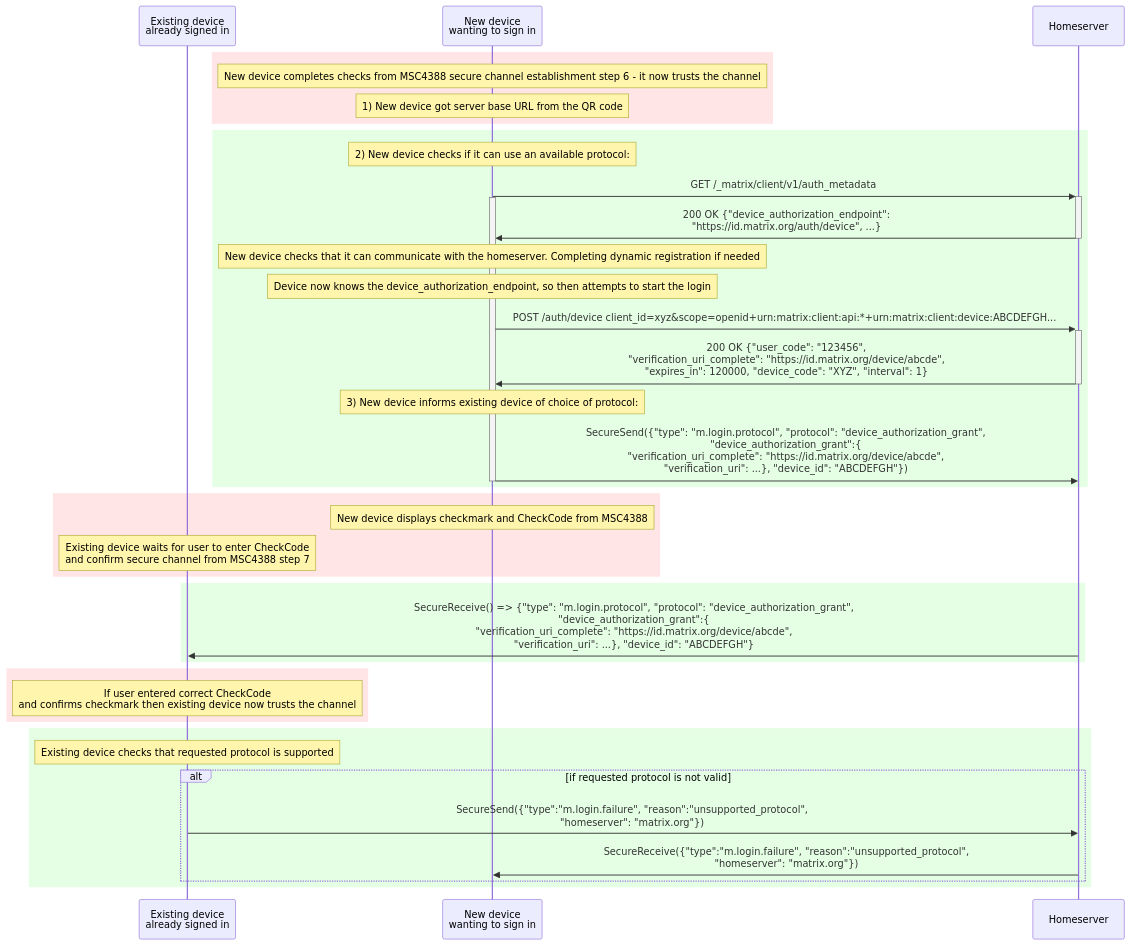
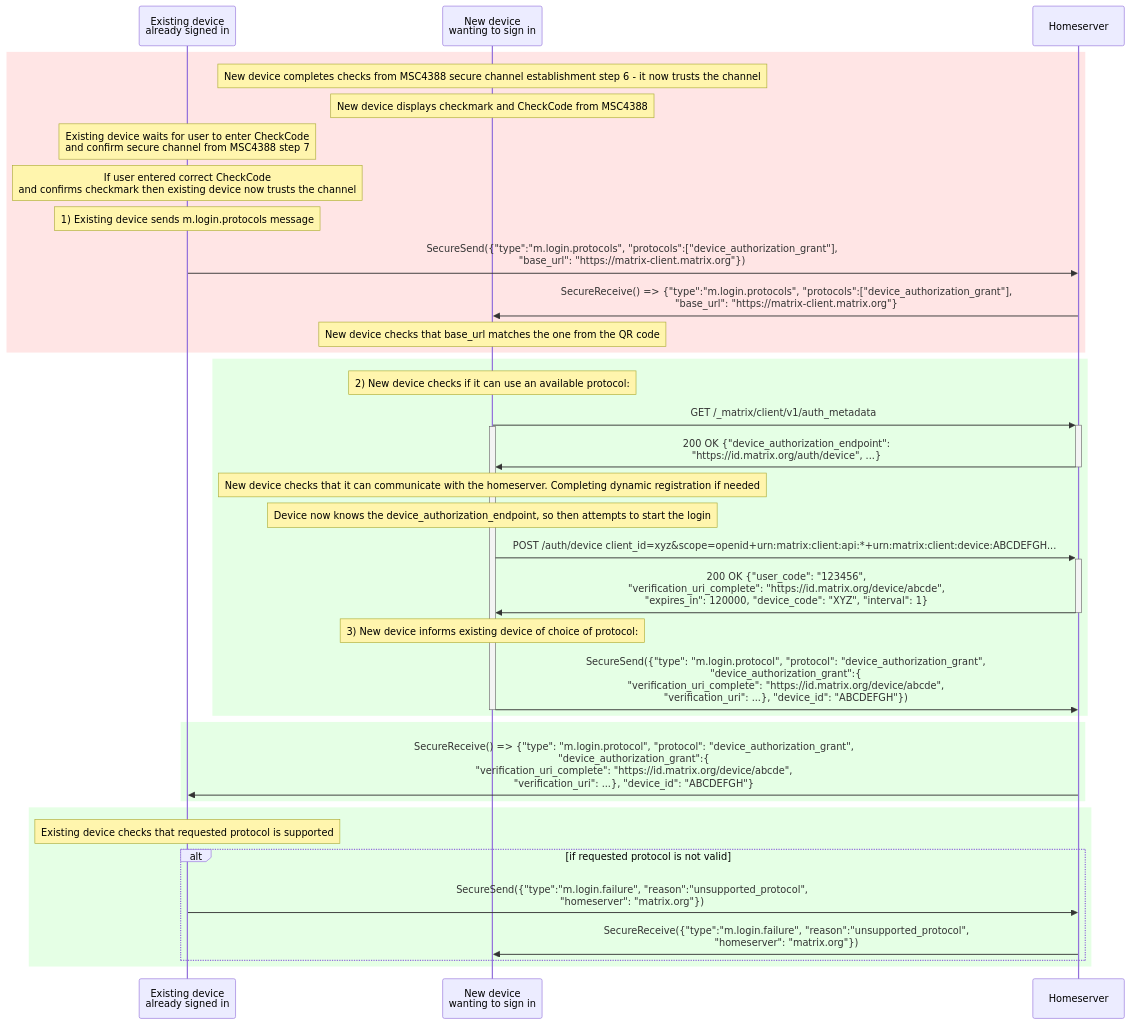
Before and after one commit to matrix-org/matrix-spec-proposals: the second of 5 diagrams in proposals/4108-oidc-qr-login.md, drawn with Mermaid. The commit also changed other lines of this file, not shown here.

````diff
--- a/proposals/4108-oidc-qr-login.md
+++ b/proposals/4108-oidc-qr-login.md
@@ -277,63 +299,57 @@
 ```mermaid
 sequenceDiagram
     participant E as Existing device <br>already signed in
     participant N as New device <br>wanting to sign in
     participant HS as Homeserver
 
 
     rect rgba(255,0,0, 0.1)
     #alt if New device scanned QR code
         note over N: New device completes checks from MSC4388 secure channel establishment step 6 - it now trusts the channel
-        note over N: 1) New device got server base URL from the QR code
+        note over N: New device displays checkmark and CheckCode from MSC4388
+        note over E: Existing device waits for user to enter CheckCode<br>and confirm secure channel from MSC4388 step 7
+        note over E: If user entered correct CheckCode<br>and confirms checkmark then existing device now trusts the channel
+        note over E: 1) Existing device sends m.login.protocols message
+        E->>HS: SecureSend({"type":"m.login.protocols", "protocols":["device_authorization_grant"],<br> "base_url": "https://matrix-client.matrix.org"})
+        HS->>N: SecureReceive() => {"type":"m.login.protocols", "protocols":["device_authorization_grant"],<br> "base_url": "https://matrix-client.matrix.org"}
+        note over N: New device checks that base_url matches the one from the QR code
 
     #else if Existing device scanned QR code
-    #    note over E: Existing device completes step 6
-    #    note over E: Existing device displays checkmark and CheckCode
+    #    note over E: Existing device completes MSC4388 step 6 - it now trusts the channel
+    #    note over E: Existing device displays checkmark and CheckCode from MSC4388
     #    note over E: 1) Existing device sends m.login.protocols message
-    #    E->>HS: SecureSend({"type":"m.login.protocols", "protocols":["device_authorization_grant"],<br> "base_url": "http://matrix-client.matrix.org"})
-    #    note over N: New device waits for user to confirm secure channel from step 7
+    #    E->>HS: SecureSend({"type":"m.login.protocols", "protocols":["device_authorization_grant"],<br> "base_url": "https://matrix-client.matrix.org"})
+    #    note over N: New device waits for user to confirm secure channel from MSC4388 step 7
     #    HS->>N: SecureReceive() => {"type":"m.login.protocols", "protocols":["device_authorization_grant"],<br> "base_url": "https://matrix-client.matrix.org"}
     #    note over N: If user enters the correct CheckCode and confirms checkmark<br>then new device now trusts the channel, and uses the homeserver provided
     end
 
 
     rect rgba(0,255,0, 0.1)
     note over N: 2) New device checks if it can use an available protocol:
         N->>+HS: GET /_matrix/client/v1/auth_metadata
     activate N
         HS->>-N: 200 OK {"device_authorization_endpoint":<br> "https://id.matrix.org/auth/device", ...}
         Note over N: New device checks that it can communicate with the homeserver. Completing dynamic registration if needed
         Note over N: Device now knows the device_authorization_endpoint, so then attempts to start the login
         N->>+HS: POST /auth/device client_id=xyz&scope=openid+urn:matrix:client:api:*+urn:matrix:client:device:ABCDEFGH...
         HS->>-N: 200 OK {"user_code": "123456",<br>"verification_uri_complete": "https://id.matrix.org/device/abcde",<br>"expires_in": 120000, "device_code": "XYZ", "interval": 1}
         note over N: 3) New device informs existing device of choice of protocol:
         N->>HS: SecureSend({"type": "m.login.protocol", "protocol": "device_authorization_grant",<br> "device_authorization_grant":{<br>"verification_uri_complete": "https://id.matrix.org/device/abcde",<br>"verification_uri": ...}, "device_id": "ABCDEFGH"})
 
     deactivate N
     end
 
-    rect rgba(255,0,0, 0.1)
-    # alt if New device scanned QR code
-        note over N: New device displays checkmark and CheckCode from MSC4388
-        note over E: Existing device waits for user to enter CheckCode<br>and confirm secure channel from MSC4388 step 7
-    end
-
     rect rgba(0,255,0, 0.1)
         HS->>E: SecureReceive() => {"type": "m.login.protocol", "protocol": "device_authorization_grant",<br> "device_authorization_grant":{<br>"verification_uri_complete": "https://id.matrix.org/device/abcde",<br>"verification_uri": ...}, "device_id": "ABCDEFGH"}
     end
-
-    rect rgba(255,0,0, 0.1)
-    # alt if New device scanned QR code
-        note over E: If user entered correct CheckCode<br>and confirms checkmark then existing device now trusts the channel
-    end
-
 
     rect rgba(0,255,0, 0.1)
     note over E: Existing device checks that requested protocol is supported
 
     alt if requested protocol is not valid
         E->>HS: SecureSend({"type":"m.login.failure", "reason":"unsupported_protocol",<br>"homeserver": "matrix.org"})
         HS->>N: SecureReceive({"type":"m.login.failure", "reason":"unsupported_protocol",<br>"homeserver": "matrix.org"})
     end
     end
 ```
````
